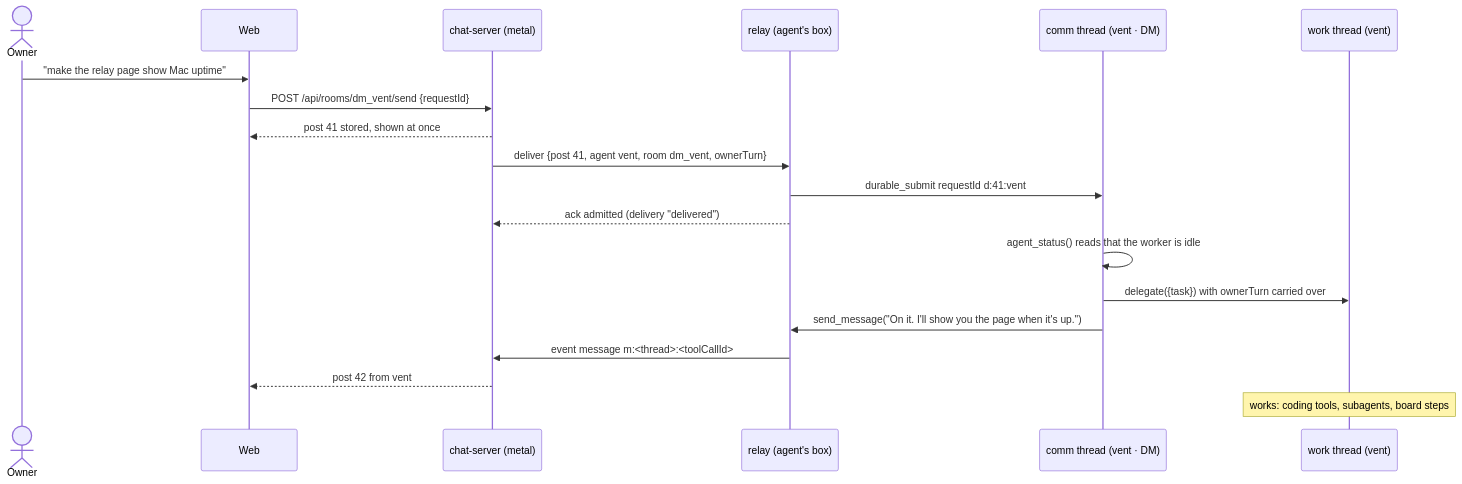
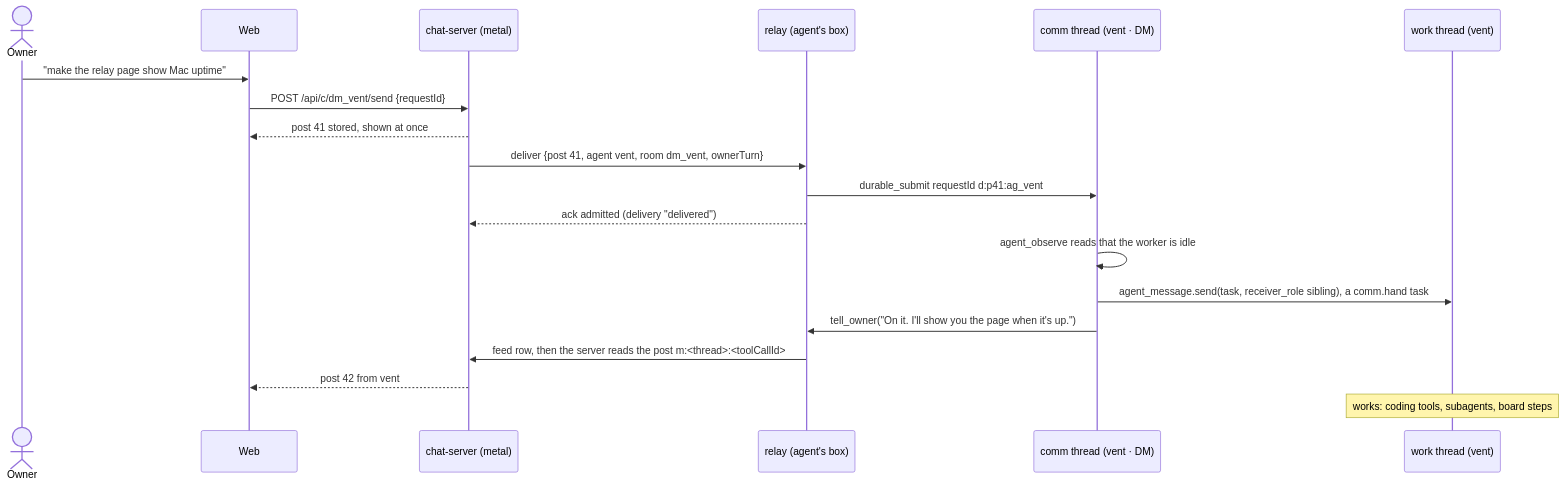
One commit to sieu-n/sieun-pi changed the second of 6 diagrams in apps/chat/docs/agent-model.md. Above: the diagram before and after it, drawn with Mermaid. The commit also changed other lines of this file, not shown here.

First line of the commit message:
docs(chat): agent-model.md matches the built system

````diff
--- a/apps/chat/docs/agent-model.md
+++ b/apps/chat/docs/agent-model.md
@@ -130,21 +130,21 @@
 ```mermaid
 sequenceDiagram
   actor O as Owner
   participant W as Web
   participant S as chat-server (metal)
   participant R as relay (agent's box)
   participant C as comm thread (vent · DM)
   participant K as work thread (vent)
   O->>W: "make the relay page show Mac uptime"
-  W->>S: POST /api/rooms/dm_vent/send {requestId}
+  W->>S: POST /api/c/dm_vent/send {requestId}
   S-->>W: post 41 stored, shown at once
   S->>R: deliver {post 41, agent vent, room dm_vent, ownerTurn}
-  R->>C: durable_submit requestId d:41:vent
+  R->>C: durable_submit requestId d:p41:ag_vent
   R-->>S: ack admitted (delivery "delivered")
-  C->>C: agent_status() reads that the worker is idle
-  C->>K: delegate({task}) with ownerTurn carried over
-  C->>R: send_message("On it. I'll show you the page when it's up.")
-  R->>S: event message m:<thread>:<toolCallId>
+  C->>C: agent_observe reads that the worker is idle
+  C->>K: agent_message.send(task, receiver_role sibling), a comm.hand task
+  C->>R: tell_owner("On it. I'll show you the page when it's up.")
+  R->>S: feed row, then the server reads the post m:<thread>:<toolCallId>
   S-->>W: post 42 from vent
   Note over K: works: coding tools, subagents, board steps
 ```
````
